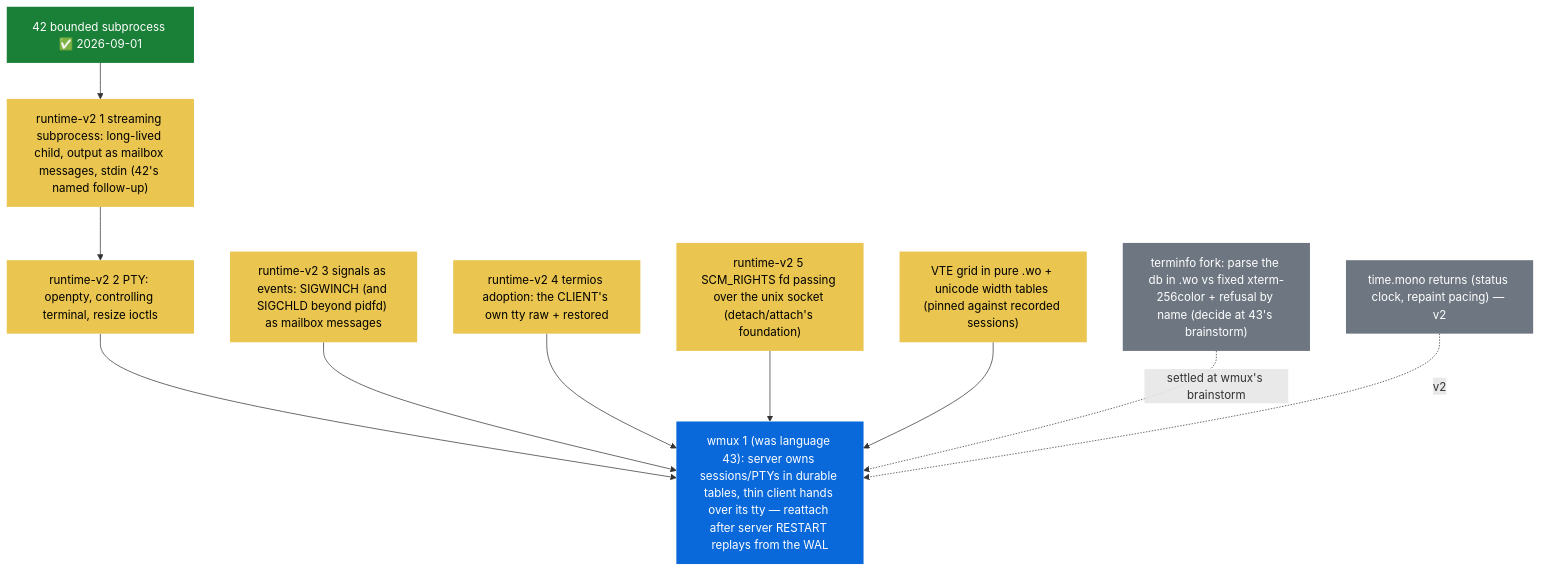
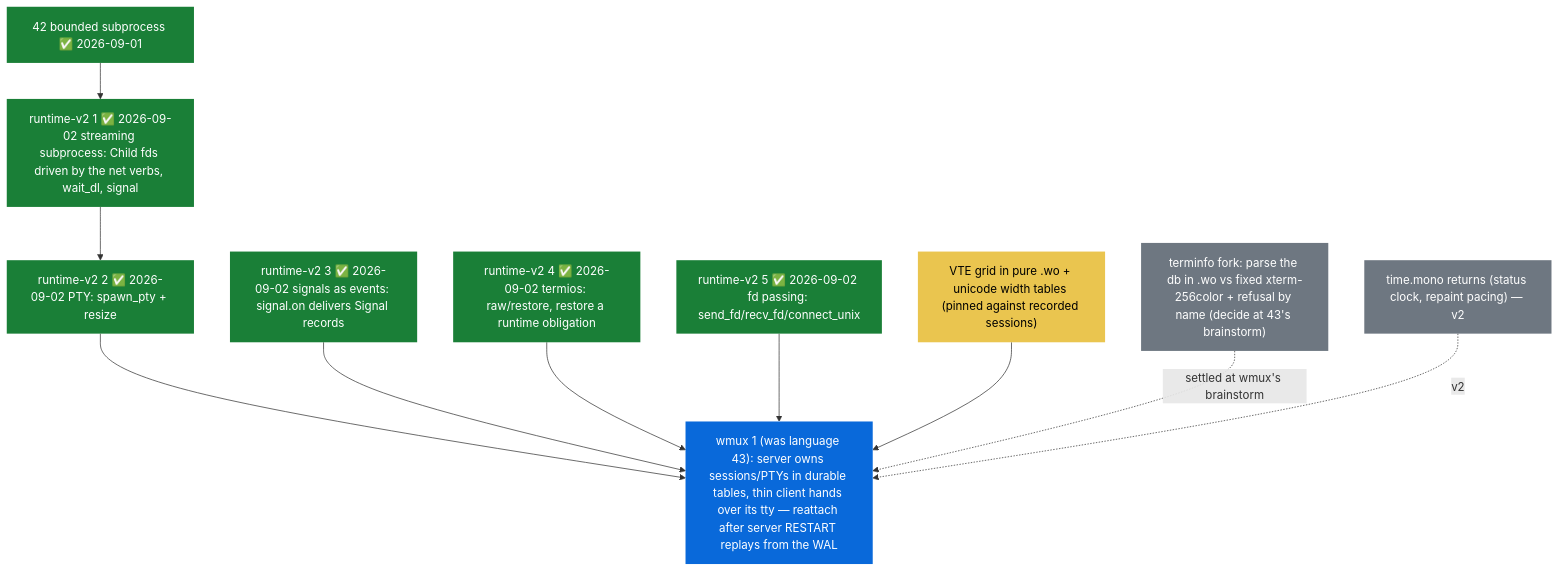
Before and after one commit to shoneyJ/writeonce: the sixth of 6 diagrams in docs/00-dependency-graph.md, drawn with Mermaid. The commit also changed other lines of this file and 10 other files, not shown here.

````diff
--- a/docs/00-dependency-graph.md
+++ b/docs/00-dependency-graph.md
@@ -335,28 +335,28 @@
 ```mermaid
 flowchart TD
     classDef done fill:#1a7f37,color:#fff,stroke:none
     classDef gap fill:#eac54f,color:#000,stroke:none
     classDef product fill:#0969da,color:#fff,stroke:none
     classDef later fill:#6e7781,color:#fff,stroke:none
 
     I42w["42 bounded subprocess ✅ 2026-09-01"]:::done
-    GSTREAM["runtime-v2 1 streaming subprocess: long-lived child, output as mailbox messages, stdin (42's named follow-up)"]:::gap
-    GPTY["runtime-v2 2 PTY: openpty, controlling terminal, resize ioctls"]:::gap
-    GSIG["runtime-v2 3 signals as events: SIGWINCH (and SIGCHLD beyond pidfd) as mailbox messages"]:::gap
-    GTERMIOS["runtime-v2 4 termios adoption: the CLIENT's own tty raw + restored"]:::gap
-    GFDPASS["runtime-v2 5 SCM_RIGHTS fd passing over the unix socket (detach/attach's foundation)"]:::gap
+    GSTREAM["runtime-v2 1 ✅ 2026-09-02 streaming subprocess: Child fds driven by the net verbs, wait_dl, signal"]:::done
+    GPTY["runtime-v2 2 ✅ 2026-09-02 PTY: spawn_pty + resize"]:::done
+    GSIG["runtime-v2 3 ✅ 2026-09-02 signals as events: signal.on delivers Signal records"]:::done
+    GTERMIOS["runtime-v2 4 ✅ 2026-09-02 termios: raw/restore, restore a runtime obligation"]:::done
+    GFDPASS["runtime-v2 5 ✅ 2026-09-02 fd passing: send_fd/recv_fd/connect_unix"]:::done
     GVTE["VTE grid in pure .wo + unicode width tables (pinned against recorded sessions)"]:::gap
     WMUX["wmux 1 (was language 43): server owns sessions/PTYs in durable tables, thin client hands over its tty — reattach after server RESTART replays from the WAL"]:::product
     TINFO["terminfo fork: parse the db in .wo vs fixed xterm-256color + refusal by name (decide at 43's brainstorm)"]:::later
     TMONO["time.mono returns (status clock, repaint pacing) — v2"]:::later
 
     I42w --> GSTREAM
     GSTREAM --> GPTY
     GPTY --> WMUX
     GSIG --> WMUX
     GTERMIOS --> WMUX
     GFDPASS --> WMUX
     GVTE --> WMUX
     TINFO -.settled at wmux's brainstorm.-> WMUX
     TMONO -.v2.-> WMUX
 ```
````
